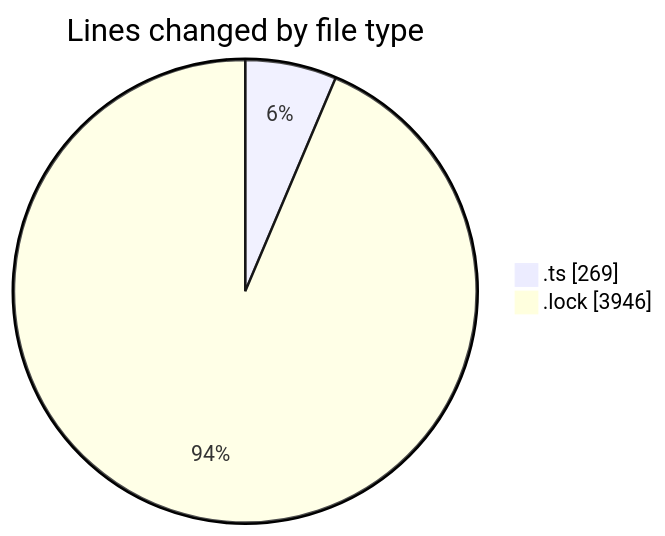
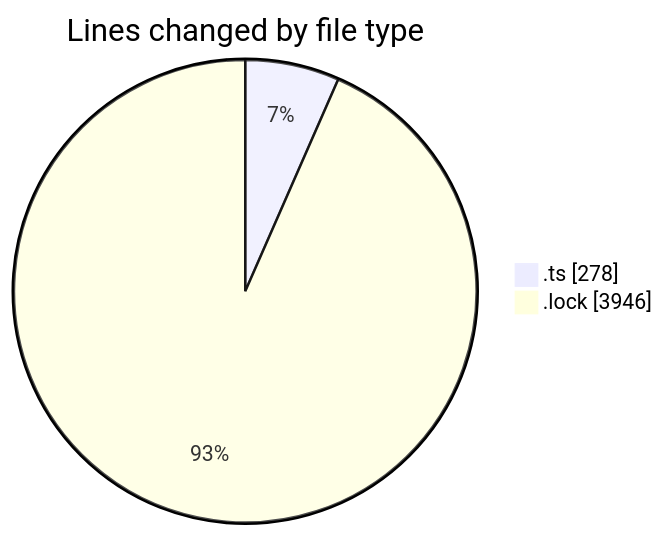
Before and after one commit to momahboobian/code-tracking: the first of 2 diagrams in 2025-08-19/cda/README.md, drawn with Mermaid. The commit also changed other lines of this file and 1 other file, not shown here.

````diff
--- a/2025-08-19/cda/README.md
+++ b/2025-08-19/cda/README.md
@@ -24,6 +24,6 @@
 ```mermaid
 pie showData
 title Lines changed by file type
-".ts" : 269
+".ts" : 278
 ".lock" : 3946
 ```
````
